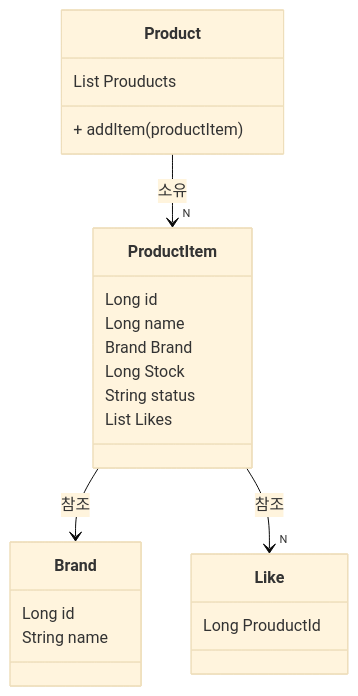
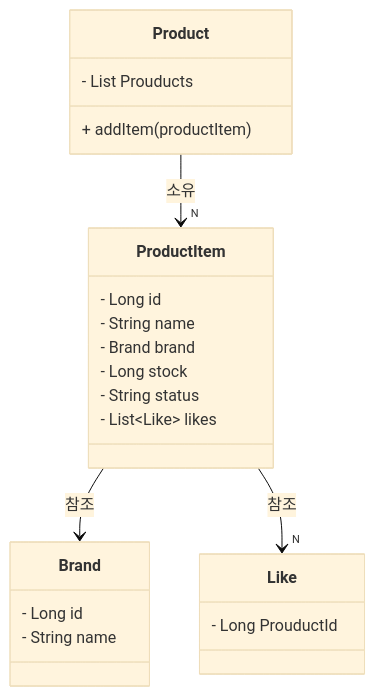
Before and after one commit to simbokyung98/loopers-ecommerce-system: the diagram in docs/design/03-class-diagrams-detail/BrandAndProduct.md, drawn with Mermaid (base theme). The commit also changed 9 other files, not shown here.

````diff
--- a/docs/design/03-class-diagrams-detail/BrandAndProduct.md
+++ b/docs/design/03-class-diagrams-detail/BrandAndProduct.md
@@ -2,27 +2,27 @@
 ```mermaid 
 classDiagram
     class Brand{
-    Long id
-    String name
+        - Long id
+        - String name
     }
     class Product{
-    List Prouducts
-    + addItem(productItem)
+        - List Prouducts
+        + addItem(productItem)
     }
-    class ProductItem{
-    Long id
-    Long name
-    Brand Brand
-    Long Stock
-    String status
-    List Likes 
+    class ProductItem {
+        - Long id
+        - String name
+        - Brand brand
+        - Long stock
+        - String status
+        - List~Like~ likes
     }
 
     class Like{
-    Long ProuductId
+        - Long ProuductId
     }
     
     Product --> "N" ProductItem :소유
     ProductItem --> Brand : 참조
     ProductItem --> "N" Like : 참조
 ```
````
